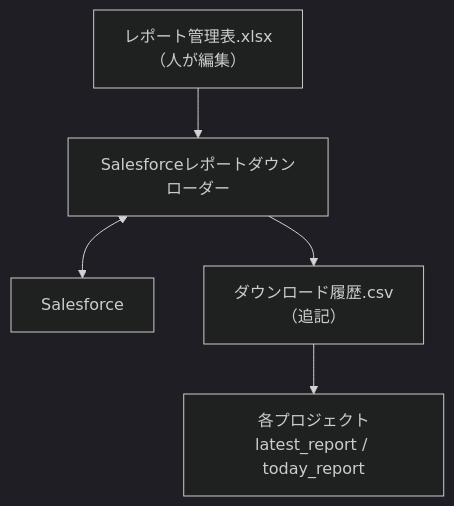
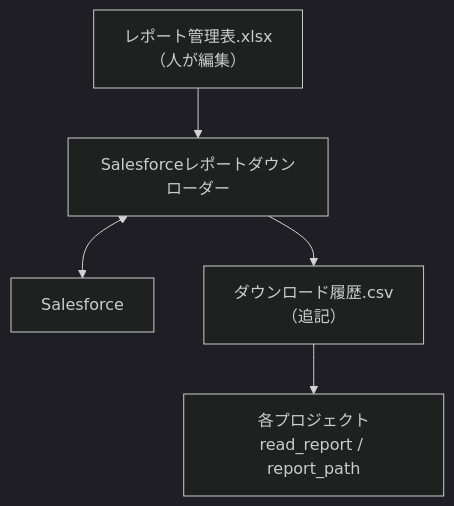
The diagram in docs/機能/salesforce-downloader.md (tenniscorecom/comken), drawn with Mermaid (dark theme) before and after one commit. The commit also changed other lines of this file and 6 other files, not shown here.

First line of the commit message:
取得済みレポートの読み取り関数を report_path() と read_report() の2つにまとめた

````diff
--- a/docs/機能/salesforce-downloader.md
+++ b/docs/機能/salesforce-downloader.md
@@ -25,7 +25,7 @@
 ```mermaid
 graph TD
     A["レポート管理表.xlsx<br/>（人が編集）"] --> B["Salesforceレポートダウンローダー"]
     B <--> C["Salesforce"]
     B --> D["ダウンロード履歴.csv<br/>（追記）"]
-    D --> F["各プロジェクト<br/>latest_report / today_report"]
+    D --> F["各プロジェクト<br/>read_report / report_path"]
 ```
````
